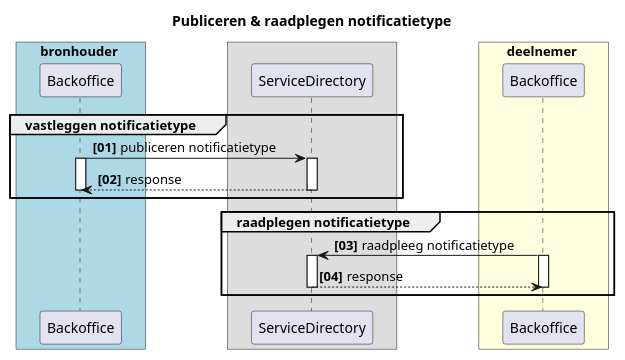
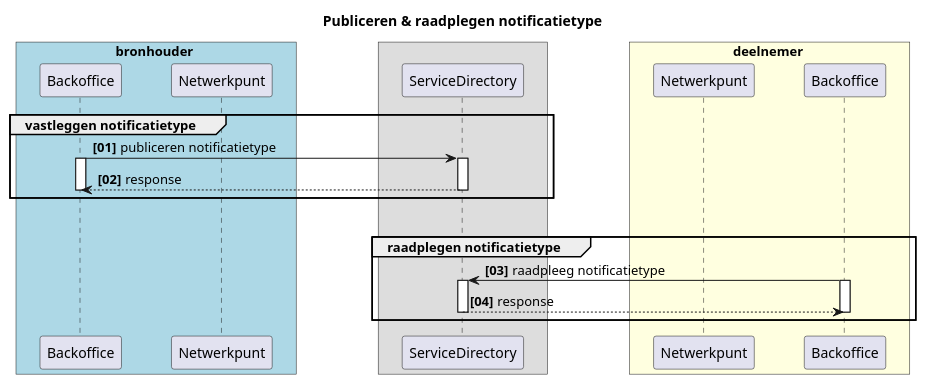
The third of 5 diagrams in RFC/RFC0008 - Notificaties en Abonnementen.md (iStandaarden/iWlz-RequestForComment), drawn with PlantUML before and after one commit. The commit also changed other lines of this file and 1 other file, not shown here.

````diff
--- a/RFC/RFC0008 - Notificaties en Abonnementen.md
+++ b/RFC/RFC0008 - Notificaties en Abonnementen.md
@@ -269,36 +276,41 @@
   ```plantuml
   @startuml rfc008-03-publiceren_raadplegen_notificatietype
   title Publiceren & raadplegen notificatietype
 
   skinparam handwritten false
   skinparam participantpadding 20
   skinparam boxpadding 40
   autonumber "<b>[00]"
   box bronhouder #lightblue
   participant "Backoffice" as bs
+  participant "Netwerkpunt" as npb
   end box
 
   box 
   participant "ServiceDirectory" as sd
   end box
 
   box deelnemer #lightyellow
+  participant "Netwerkpunt" as nps
   participant "Backoffice" as dbs
   end box
+  
   group vastleggen notificatietype
-
     bs -> sd : publiceren notificatietype
     activate bs
     activate sd
     return response
     deactivate bs
   end
+
+  ||25|||
+
   group raadplegen notificatietype
     dbs -> sd: raadpleeg notificatietype
     activate dbs
     activate sd 
     return response
     deactivate dbs
   end
   @enduml
   ```
````
